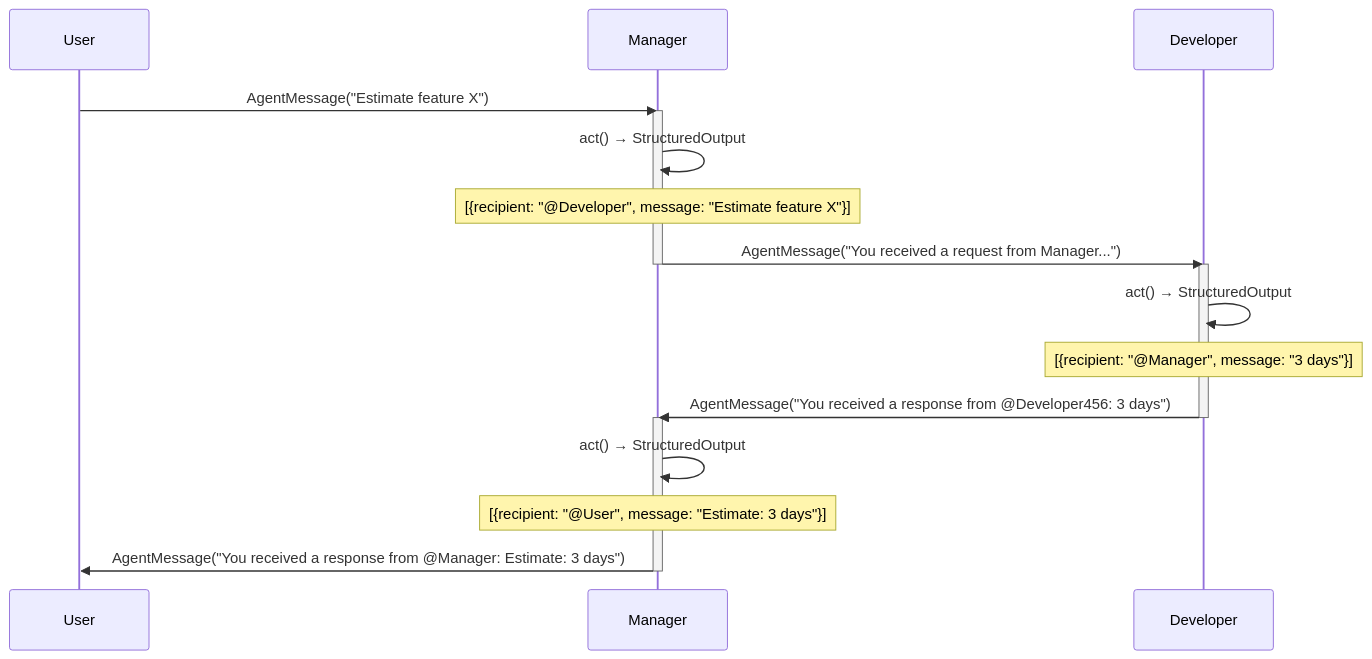
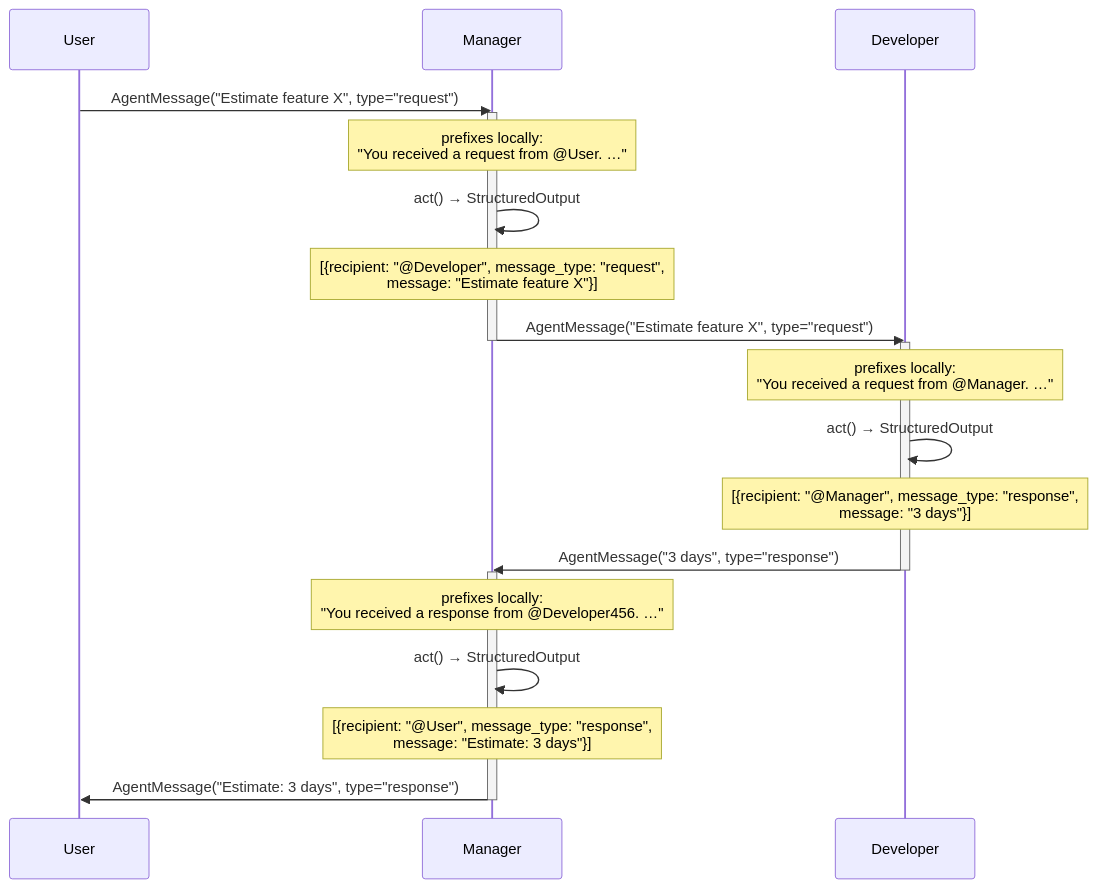
The third of 5 diagrams in docs/agent-collaboration.md (b12consulting/akgentic-agent), drawn with Mermaid before and after one commit. The commit also changed other lines of this file and 2 other files, not shown here.

First line of the commit message:
docs(akgentic-agent): epic 17 — architecture and README truth alignment (17-1 -> 17-3) (#83)

````diff
--- a/docs/agent-collaboration.md
+++ b/docs/agent-collaboration.md
@@ -364,25 +418,28 @@
 ```mermaid
 sequenceDiagram
     participant User
     participant Manager
     participant Developer
 
-    User->>Manager: AgentMessage("Estimate feature X")
+    User->>Manager: AgentMessage("Estimate feature X", type="request")
     activate Manager
+    Note over Manager: prefixes locally:<br/>"You received a request from @User. …"
     Manager->>Manager: act() → StructuredOutput
-    Note over Manager: [{recipient: "@Developer", message: "Estimate feature X"}]
-    Manager->>Developer: AgentMessage("You received a request from Manager...")
+    Note over Manager: [{recipient: "@Developer", message_type: "request",<br/>message: "Estimate feature X"}]
+    Manager->>Developer: AgentMessage("Estimate feature X", type="request")
     deactivate Manager
 
     activate Developer
+    Note over Developer: prefixes locally:<br/>"You received a request from @Manager. …"
     Developer->>Developer: act() → StructuredOutput
-    Note over Developer: [{recipient: "@Manager", message: "3 days"}]
-    Developer->>Manager: AgentMessage("You received a response from @Developer456: 3 days")
+    Note over Developer: [{recipient: "@Manager", message_type: "response",<br/>message: "3 days"}]
+    Developer->>Manager: AgentMessage("3 days", type="response")
     deactivate Developer
 
     activate Manager
+    Note over Manager: prefixes locally:<br/>"You received a response from @Developer456. …"
     Manager->>Manager: act() → StructuredOutput
-    Note over Manager: [{recipient: "@User", message: "Estimate: 3 days"}]
-    Manager->>User: AgentMessage("You received a response from @Manager: Estimate: 3 days")
+    Note over Manager: [{recipient: "@User", message_type: "response",<br/>message: "Estimate: 3 days"}]
+    Manager->>User: AgentMessage("Estimate: 3 days", type="response")
     deactivate Manager
 ```
````
